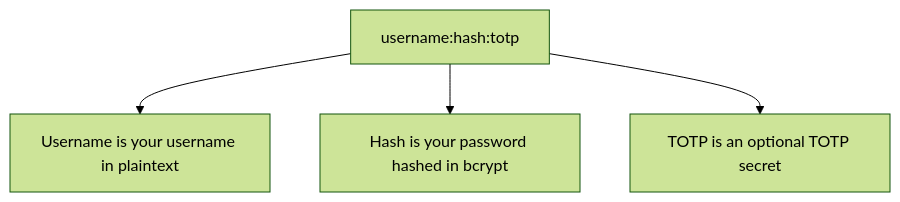
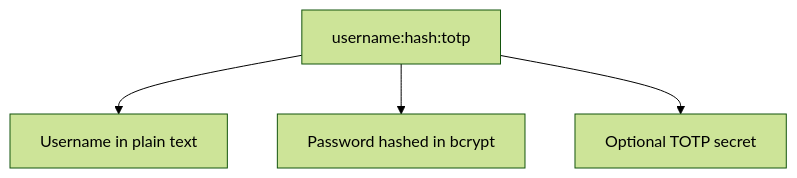
The first of 2 diagrams in docs/getting-started.md (steveiliop56/tinyauth-docs), drawn with Mermaid (forest theme) before and after one commit. The commit also changed other lines of this file and 1 other file, not shown here.

````diff
--- a/docs/getting-started.md
+++ b/docs/getting-started.md
@@ -13,7 +13,7 @@
 ```mermaid
 flowchart BR
     user["username:hash:totp"]
-    user --> username["Username is your username in plaintext"]
-    user --> hash["Hash is your password hashed in bcrypt"]
-    user --> totp["TOTP is an optional TOTP secret"]
+    user --> username["Username in plain text"]
+    user --> hash["Password hashed in bcrypt"]
+    user --> totp["Optional TOTP secret"]
 ```
````
